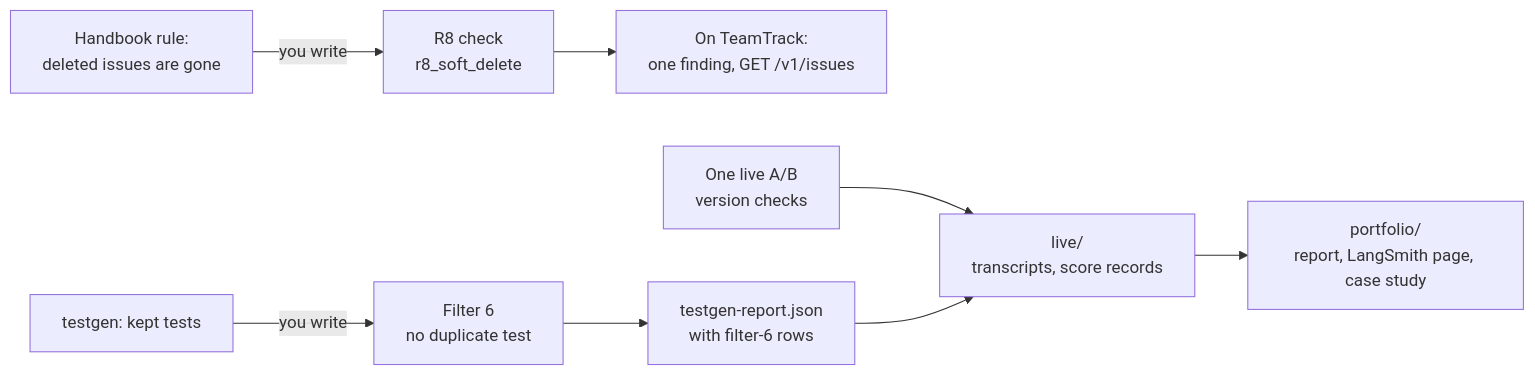
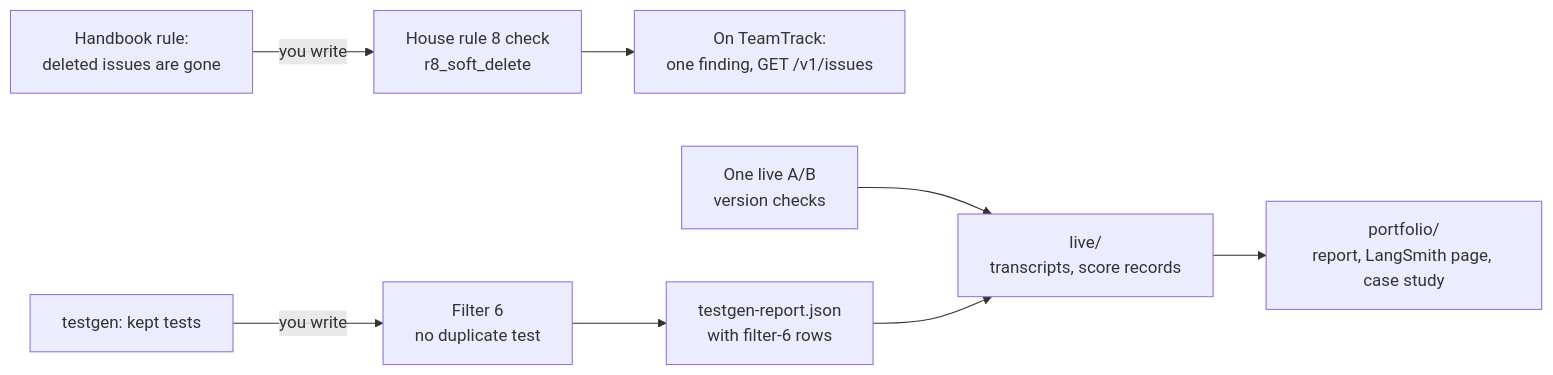
Before and after one commit to ANI-IN/shipharness-dev: the diagram in section-4-verification/assignment/README.md, drawn with Mermaid. The commit also changed other lines of this file and 31 other files, not shown here.

Commit message:
Sections 3 and 4: final names on concepts, walkthroughs, assignments, readings, diagram pages; linked sources with numbered Sources lists; evidence-report heading 'House rule 8 on TeamTrack'

````diff
--- a/section-4-verification/assignment/README.md
+++ b/section-4-verification/assignment/README.md
@@ -39,10 +39,10 @@
 ```mermaid
 flowchart LR
-  H["Handbook rule:<br/>deleted issues are gone"] -->|"you write"| R8["R8 check<br/>r8_soft_delete"]
+  H["Handbook rule:<br/>deleted issues are gone"] -->|"you write"| R8["House rule 8 check<br/>r8_soft_delete"]
   R8 --> TT["On TeamTrack:<br/>one finding, GET /v1/issues"]
   K["testgen: kept tests"] -->|"you write"| F6["Filter 6<br/>no duplicate test"]
   F6 --> REP["testgen-report.json<br/>with filter-6 rows"]
   AB["One live A/B<br/>version checks"] --> L["live/<br/>transcripts, score records"]
   REP --> L
   L --> P["portfolio/<br/>report, LangSmith page, case study"]
 ```
````
